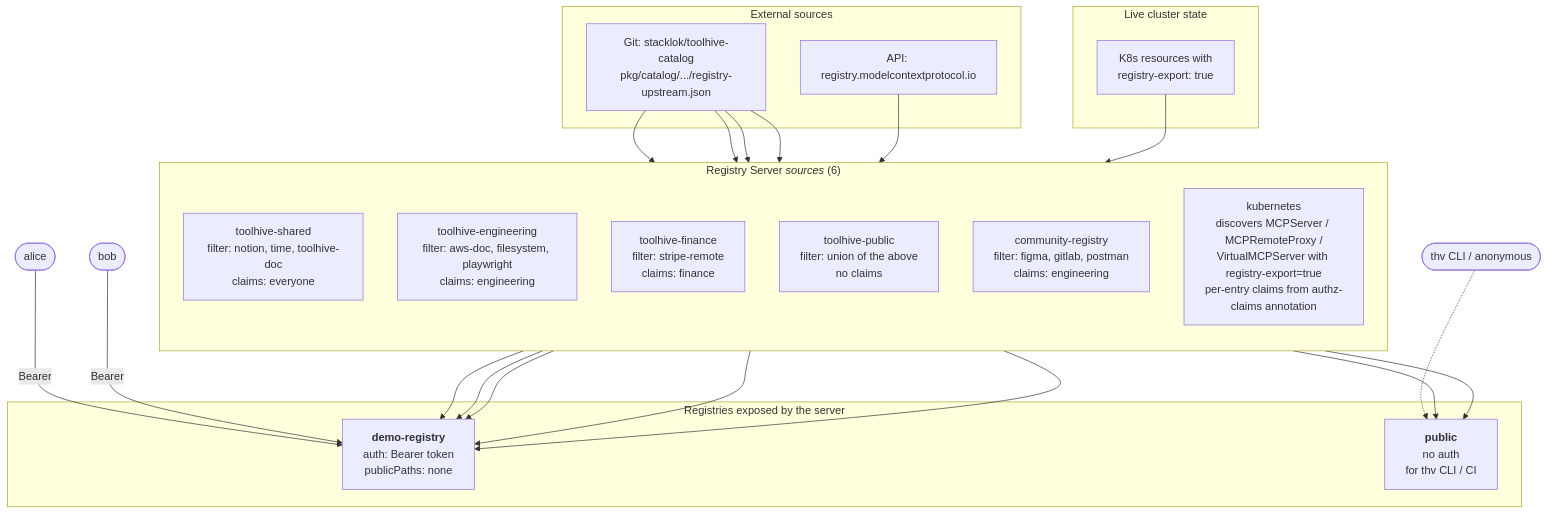
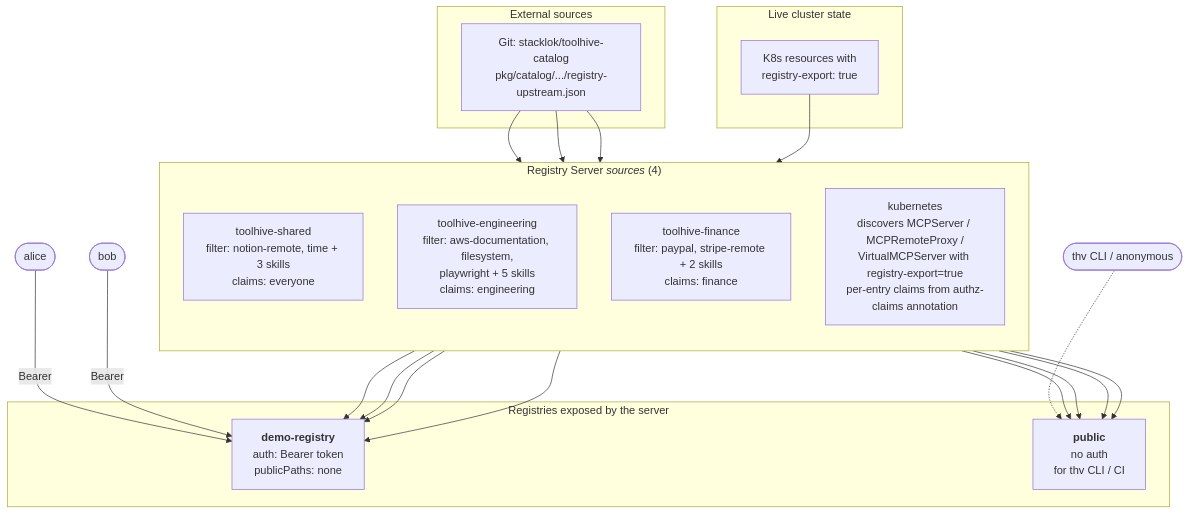
One commit to StacklokLabs/toolhive-demo-sandbox changed the third of 4 diagrams in ARCHITECTURE.md. Above: the diagram before and after it, drawn with Mermaid. The commit also changed other lines of this file and 1 other file, not shown here.

Commit message:
Remove community registry source
Load-then-filter behavior was OOMKilling the server.

````diff
--- a/ARCHITECTURE.md
+++ b/ARCHITECTURE.md
@@ -125,45 +125,42 @@
 ```mermaid
 graph TB
   subgraph external[External sources]
     gitCat[Git: stacklok/toolhive-catalog<br/>pkg/catalog/.../registry-upstream.json]
-    mcpApi[API: registry.modelcontextprotocol.io]
   end
 
   subgraph inCluster[Live cluster state]
     k8sRes[K8s resources with<br/>registry-export: true]
   end
 
-  subgraph sources["Registry Server <i>sources</i> (6)"]
+  subgraph sources["Registry Server <i>sources</i> (4)"]
     direction TB
-    s1["toolhive-shared<br/>filter: notion, time, toolhive-doc<br/>claims: everyone"]
-    s2["toolhive-engineering<br/>filter: aws-doc, filesystem, playwright<br/>claims: engineering"]
-    s3["toolhive-finance<br/>filter: stripe-remote<br/>claims: finance"]
-    s4["toolhive-public<br/>filter: union of the above<br/>no claims"]
-    s5["community-registry<br/>filter: figma, gitlab, postman<br/>claims: engineering"]
-    s6["kubernetes<br/>discovers MCPServer / MCPRemoteProxy /<br/>VirtualMCPServer with registry-export=true<br/>per-entry claims from authz-claims annotation"]
+    s1["toolhive-shared<br/>filter: notion-remote, time + 3 skills<br/>claims: everyone"]
+    s2["toolhive-engineering<br/>filter: aws-documentation, filesystem,<br/>playwright + 5 skills<br/>claims: engineering"]
+    s3["toolhive-finance<br/>filter: paypal, stripe-remote + 2 skills<br/>claims: finance"]
+    s4["kubernetes<br/>discovers MCPServer / MCPRemoteProxy /<br/>VirtualMCPServer with registry-export=true<br/>per-entry claims from authz-claims annotation"]
   end
 
   subgraph registries["Registries exposed by the server"]
     demoReg["<b>demo-registry</b><br/>auth: Bearer token<br/>publicPaths: none"]
     pubReg["<b>public</b><br/>no auth<br/>for thv CLI / CI"]
   end
 
   gitCat --> s1
   gitCat --> s2
   gitCat --> s3
-  gitCat --> s4
-  mcpApi --> s5
-  k8sRes --> s6
+  k8sRes --> s4
 
   s1 --> demoReg
   s2 --> demoReg
   s3 --> demoReg
-  s5 --> demoReg
-  s6 --> demoReg
-  s6 --> pubReg
+  s4 --> demoReg
+
+  s1 --> pubReg
+  s2 --> pubReg
+  s3 --> pubReg
   s4 --> pubReg
 
   alice([alice]) -->|Bearer| demoReg
   bob([bob]) -->|Bearer| demoReg
   cli([thv CLI / anonymous]) -.-> pubReg
 ```
````
